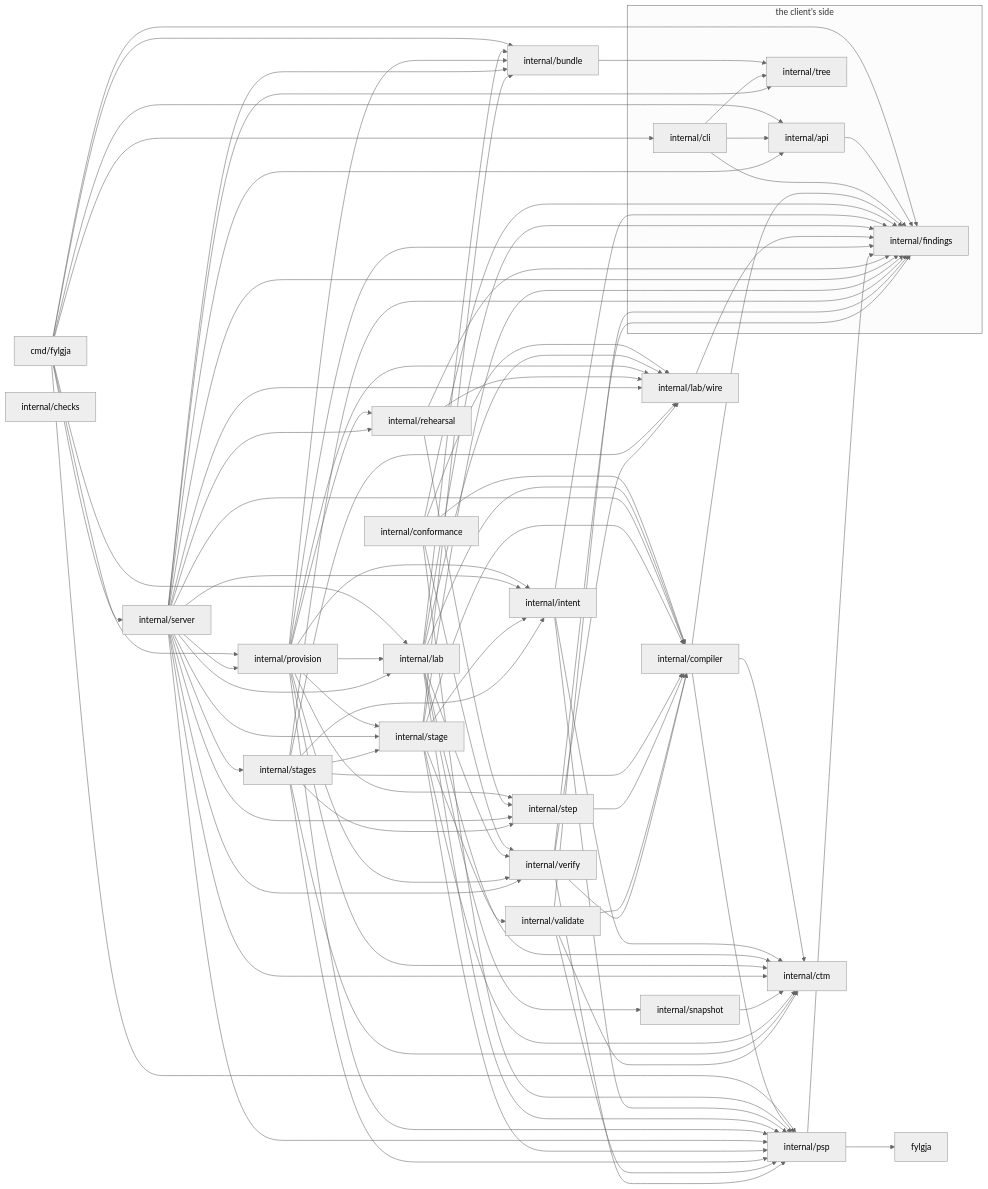
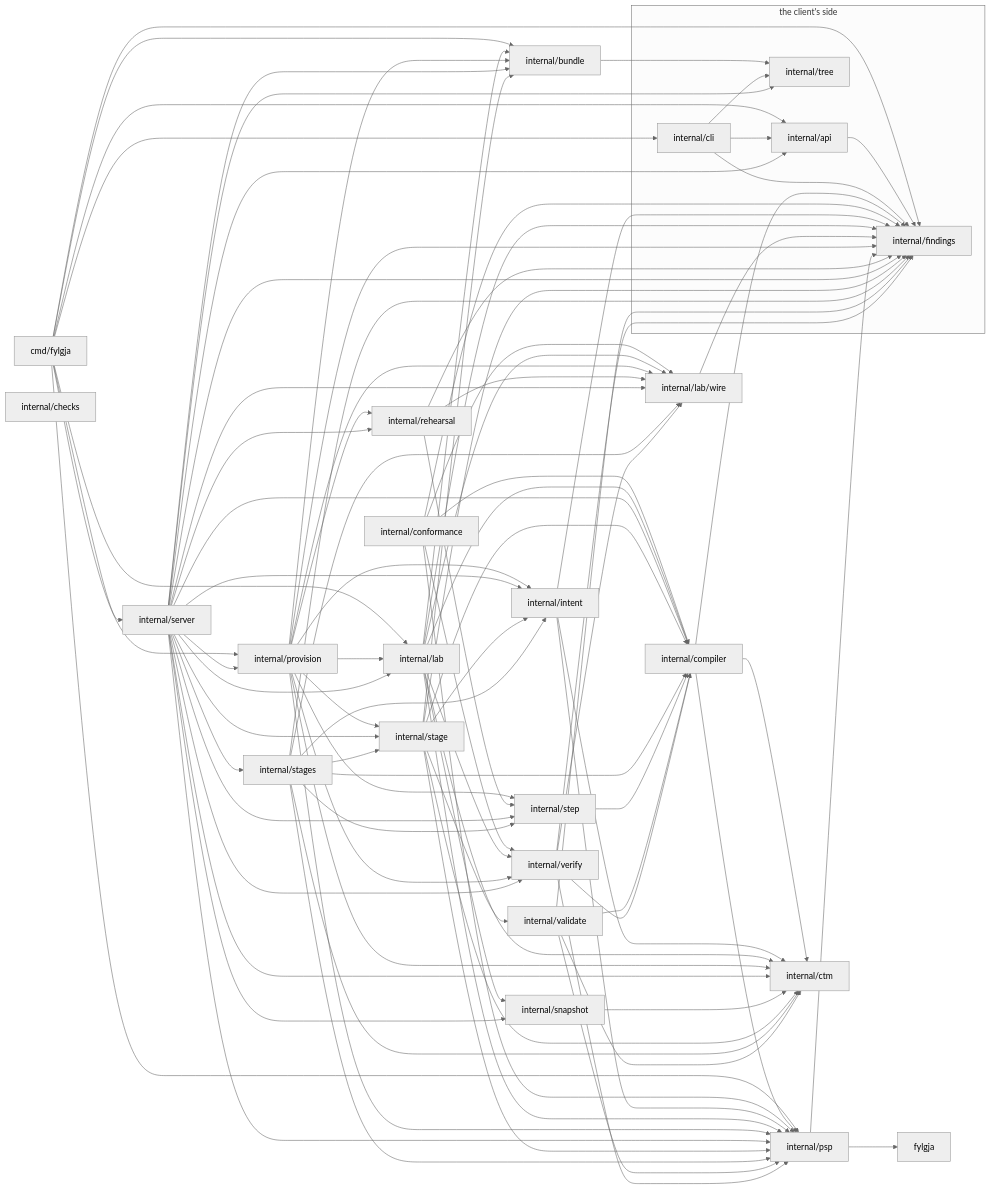
The diagram in docs/development.md (happypathnetworking/fylgja), drawn with Mermaid (neutral theme) before and after one commit. The commit also changed 9 other files, not shown here.

```diff
--- a/docs/development.md
+++ b/docs/development.md
@@ -501,6 +501,7 @@
     internal_server --> internal_provision
     internal_server --> internal_psp
     internal_server --> internal_rehearsal
+    internal_server --> internal_snapshot
     internal_server --> internal_stage
     internal_server --> internal_stages
     internal_server --> internal_step
```
